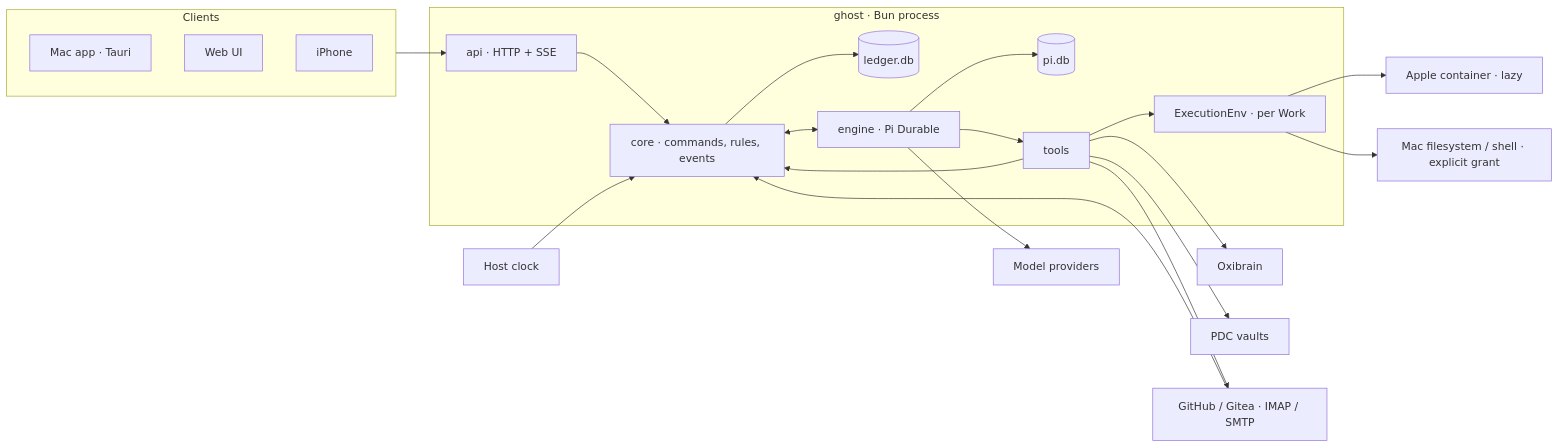
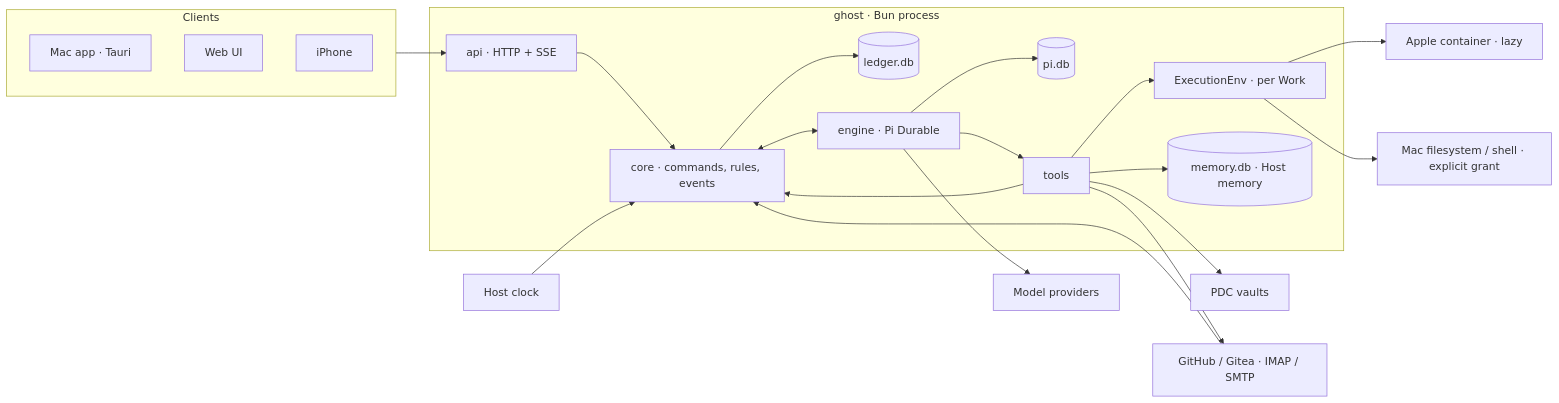
One commit to a7garden/ghost changed the first of 2 diagrams in docs/architecture.md. Above: the diagram before and after it, drawn with Mermaid. The commit also changed other lines of this file and 55 other files, not shown here.

Commit message:
Embed Host-owned memory storage, retrieval and consolidation

````diff
--- a/docs/architecture.md
+++ b/docs/architecture.md
@@ -5,36 +5,36 @@
 ```mermaid
 flowchart LR
   subgraph clients[Clients]
     mac[Mac app · Tauri]
     web[Web UI]
     ios[iPhone]
   end
   subgraph host[ghost · Bun process]
     api[api · HTTP + SSE]
     core[core · commands, rules, events]
     ledger[(ledger.db)]
     engine[engine · Pi Durable]
     pi[(pi.db)]
     tools[tools]
     sandbox[ExecutionEnv · per Work]
+    mem[(memory.db · Host memory)]
   end
-  mem[Oxibrain]
   docs[PDC vaults]
   models[Model providers]
   clock[Host clock]
   accounts[GitHub / Gitea · IMAP / SMTP]
   vm[Apple container · lazy]
   pc[Mac filesystem / shell · explicit grant]
   clients --> api --> core --> ledger
   core <--> engine --> pi
   engine --> tools --> core
   tools --> sandbox
   sandbox --> vm
   sandbox --> pc
   clock --> core
   accounts --> core
   tools --> accounts
   tools --> mem
   tools --> docs
   engine --> models
 ```
````
